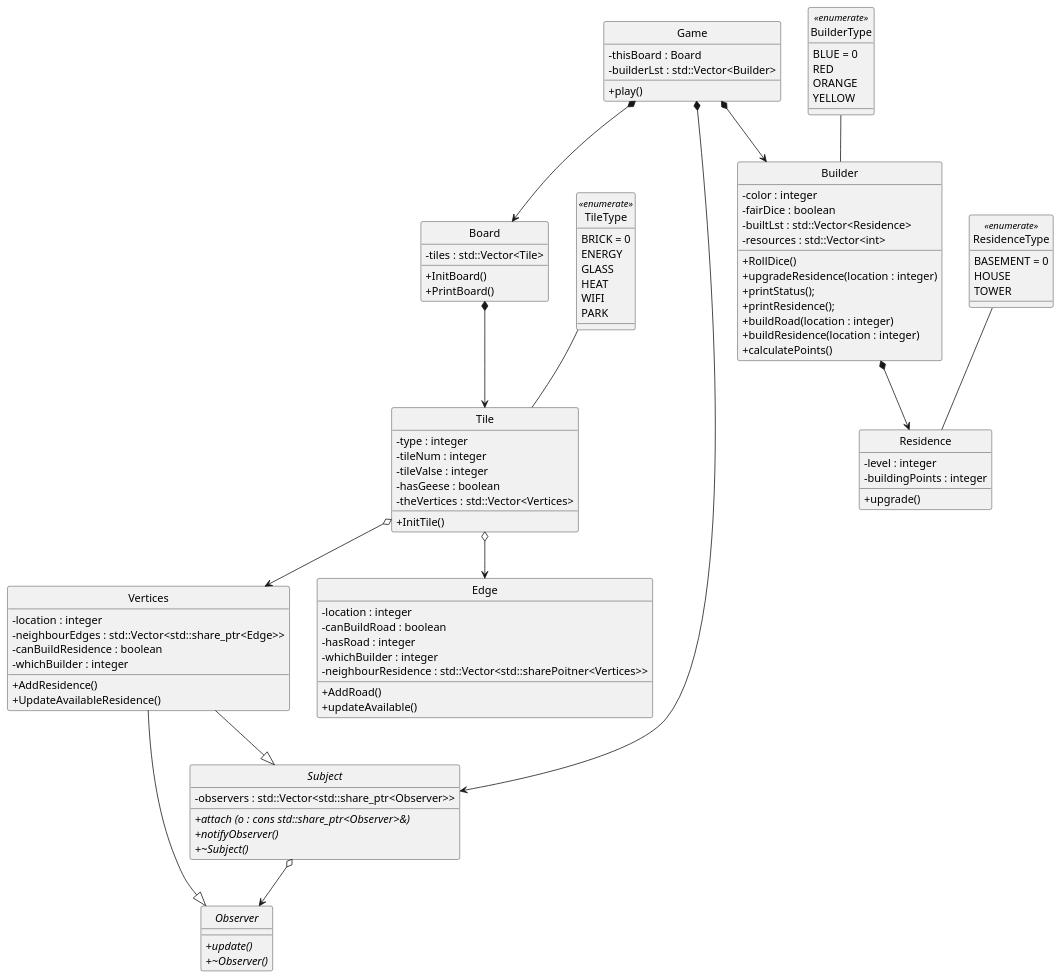
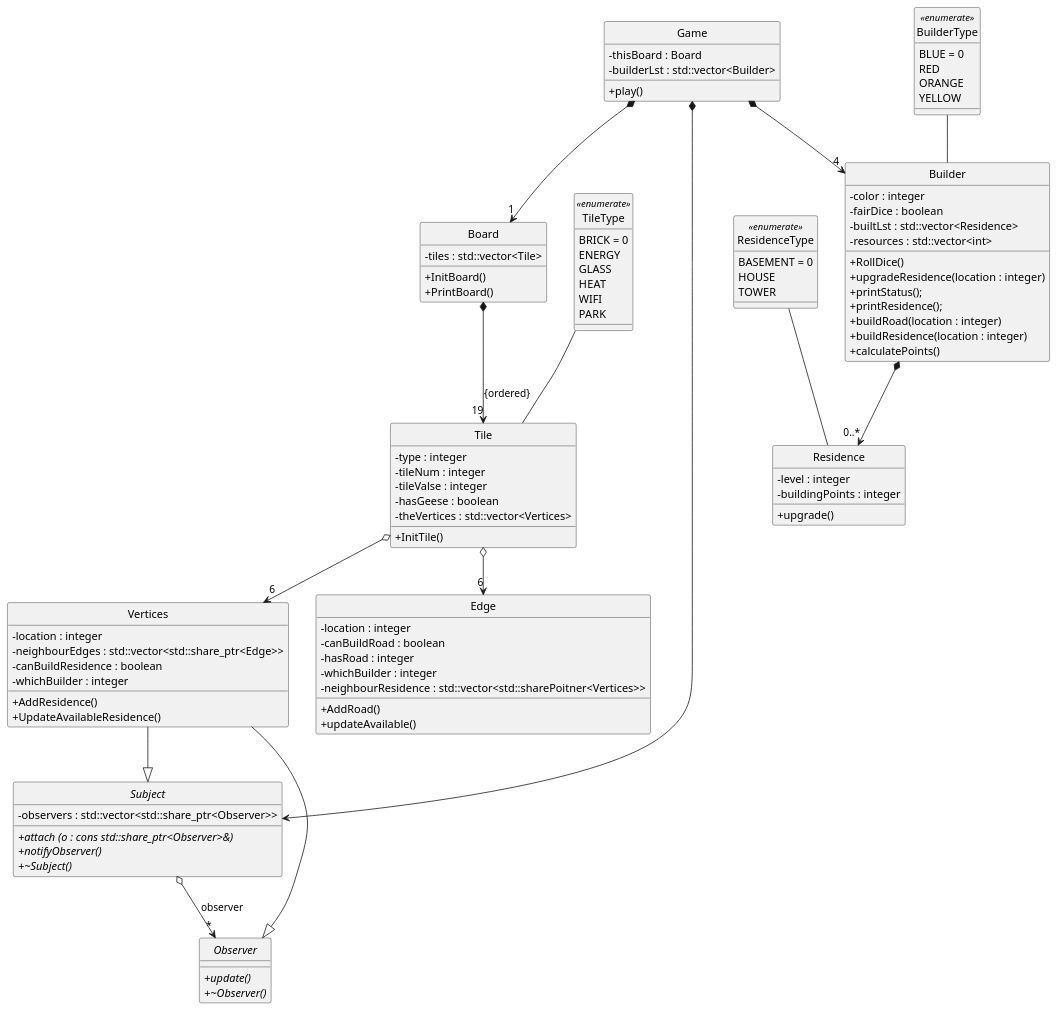
Before and after one commit to Charles-Shang/constructor: the diagram in UML.wsd, drawn with PlantUML.

```diff
--- a/UML.wsd
+++ b/UML.wsd
@@ -1,114 +1,114 @@
 @startuml CS246 Final Project UML 
 skinparam style strictuml
 skinparam SequenceMessageAlignment center
 skinparam classAttributeIconSize 0
 
 
 class Board  {
-    -tiles : std::Vector<Tile>
+    -tiles : std::vector<Tile>
     +InitBoard()
     +PrintBoard()
 } 
 
 enum TileType << enumerate >> {
     BRICK = 0
     ENERGY 
     GLASS 
     HEAT 
     WIFI 
     PARK
 }
 
 class Tile {
     - type : integer
     - tileNum : integer
     - tileValse : integer
     - hasGeese : boolean
-    - theVertices : std::Vector<Vertices>
+    - theVertices : std::vector<Vertices>
     + InitTile()
 } 
 abstract class Observer {
     + {abstract} update()
     + {abstract} ~Observer()
 }
 
 abstract class Subject {
-    - observers : std::Vector<std::share_ptr<Observer>>
+    - observers : std::vector<std::share_ptr<Observer>>
     + {abstract} attach (o : cons std::share_ptr<Observer>&)
     + {abstract} notifyObserver()
     + {abstract} ~Subject()
 }
 
 class Vertices {
     - location : integer
-    - neighbourEdges : std::Vector<std::share_ptr<Edge>> 
+    - neighbourEdges : std::vector<std::share_ptr<Edge>> 
     - canBuildResidence : boolean
     - whichBuilder : integer
     + AddResidence()
     + UpdateAvailableResidence()
 }
 
 class Edge {
     - location : integer 
     - canBuildRoad : boolean
     - hasRoad : integer 
     - whichBuilder : integer 
-    - neighbourResidence : std::Vector<std::sharePoitner<Vertices>>
+    - neighbourResidence : std::vector<std::sharePoitner<Vertices>>
     + AddRoad()
     + updateAvailable() 
 }
 
 enum BuilderType << enumerate >> {
     BLUE = 0
     RED 
     ORANGE 
     YELLOW 
 }
 
 class Builder {
     - color : integer 
     - fairDice : boolean
-    - builtLst : std::Vector<Residence> 
-    - resources : std::Vector<int>
+    - builtLst : std::vector<Residence> 
+    - resources : std::vector<int>
     + RollDice()
     + upgradeResidence(location : integer)
     + printStatus();
     + printResidence();
     + buildRoad(location : integer) 
     + buildResidence(location : integer)
     + calculatePoints()
 }
 
 enum ResidenceType << enumerate >> {
     BASEMENT = 0
     HOUSE
     TOWER  
 }
 
 class Residence {
     - level : integer 
     - buildingPoints : integer 
     + upgrade()
 }
 
 class Game {
     - thisBoard : Board 
-    - builderLst : std::Vector<Builder>
+    - builderLst : std::vector<Builder>
     + play()
 }
 
-Game *--> Board
+Game *--> "1" Board
 Game *--> Subject
-Subject o-->  Observer
+Subject o--> "*" Observer : "observer"
 Vertices --|> Subject 
 Vertices --|> Observer 
-Game *--> Builder
-Board *--> Tile
-Tile o--> Edge
-Tile o--> Vertices
-Builder *--> Residence
+Game *--> "4" Builder
+Board *--> "19" Tile : {ordered}
+Tile o--> "6" Edge
+Tile o--> "6" Vertices
+Builder *--> "0..*"Residence
 BuilderType -- Builder 
 TileType -- Tile 
 ResidenceType -- Residence
 
 @enduml
```
